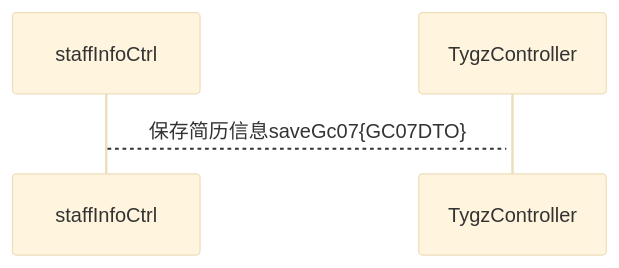
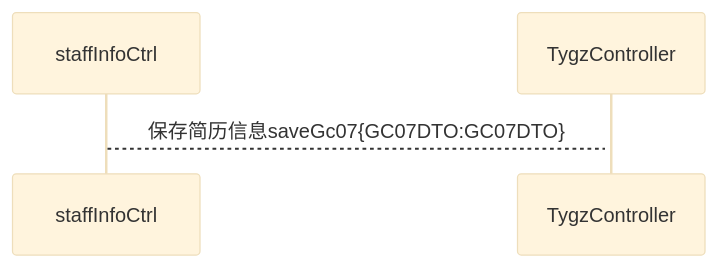
The diagram in all/未命名.md (ZhangJianBeiJing/iodraw-files), drawn with Mermaid (base theme) before and after one commit.

Commit message:
2025-03-25 17:03:12 update

````diff
--- a/all/未命名.md
+++ b/all/未命名.md
@@ -1,5 +1,6 @@
 ```mermaid
 sequenceDiagram
-    staffInfoCtrl-->+TygzController:保存简历信息saveGc07{GC07DTO}
+    staffInfoCtrl-->+TygzController:保存简历信息saveGc07{GC07DTO:GC07DTO}
+    
             
 ```
````
